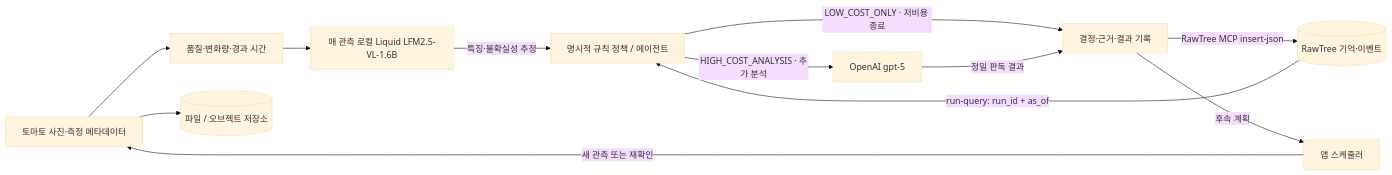
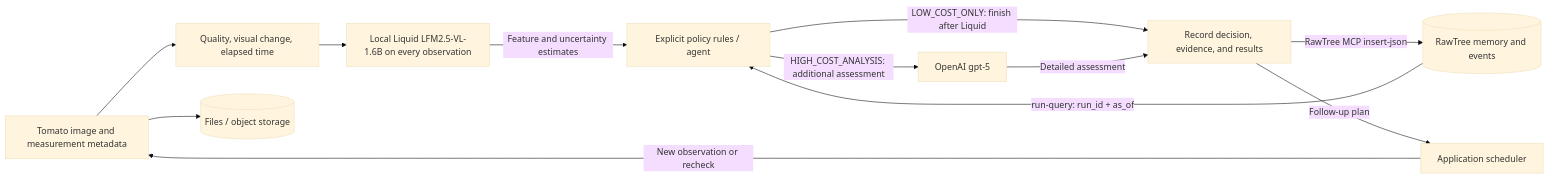
The diagram in docs/tinybird_memory.md (Sehyeogkim/Long_Horizon_Agents_Hackathon_0926), drawn with Mermaid (base theme) before and after one commit. The commit also changed other lines of this file and 54 other files, not shown here.

First line of the commit message:
Finalize submission: temporal v6 agent, apple/tomato runs, demo pages

````diff
--- a/docs/tinybird_memory.md
+++ b/docs/tinybird_memory.md
@@ -42,14 +44,14 @@
 ```mermaid
 flowchart LR
-    I[토마토 사진·측정 메타데이터] --> G[품질·변화량·경과 시간]
-    I --> IMG[(파일 / 오브젝트 저장소)]
-    G --> L[매 관측 로컬 Liquid LFM2.5-VL-1.6B]
-    L -->|특징·불확실성 추정| P[명시적 규칙 정책 / 에이전트]
-    RAW[(RawTree 기억·이벤트)] -->|run-query: run_id + as_of| P
-    P -->|HIGH_COST_ANALYSIS · 추가 분석| H[OpenAI gpt-5]
-    P -->|LOW_COST_ONLY · 저비용 종료| E[결정·근거·결과 기록]
-    H -->|정밀 판독 결과| E
+    I[Tomato image and measurement metadata] --> G[Quality, visual change, elapsed time]
+    I --> IMG[(Files / object storage)]
+    G --> L[Local Liquid LFM2.5-VL-1.6B on every observation]
+    L -->|Feature and uncertainty estimates| P[Explicit policy rules / agent]
+    RAW[(RawTree memory and events)] -->|run-query: run_id + as_of| P
+    P -->|HIGH_COST_ANALYSIS: additional assessment| H[OpenAI gpt-5]
+    P -->|LOW_COST_ONLY: finish after Liquid| E[Record decision, evidence, and results]
+    H -->|Detailed assessment| E
     E -->|RawTree MCP insert-json| RAW
-    E -->|후속 계획| S[앱 스케줄러]
-    S -->|새 관측 또는 재확인| I
+    E -->|Follow-up plan| S[Application scheduler]
+    S -->|New observation or recheck| I
 ```
````
